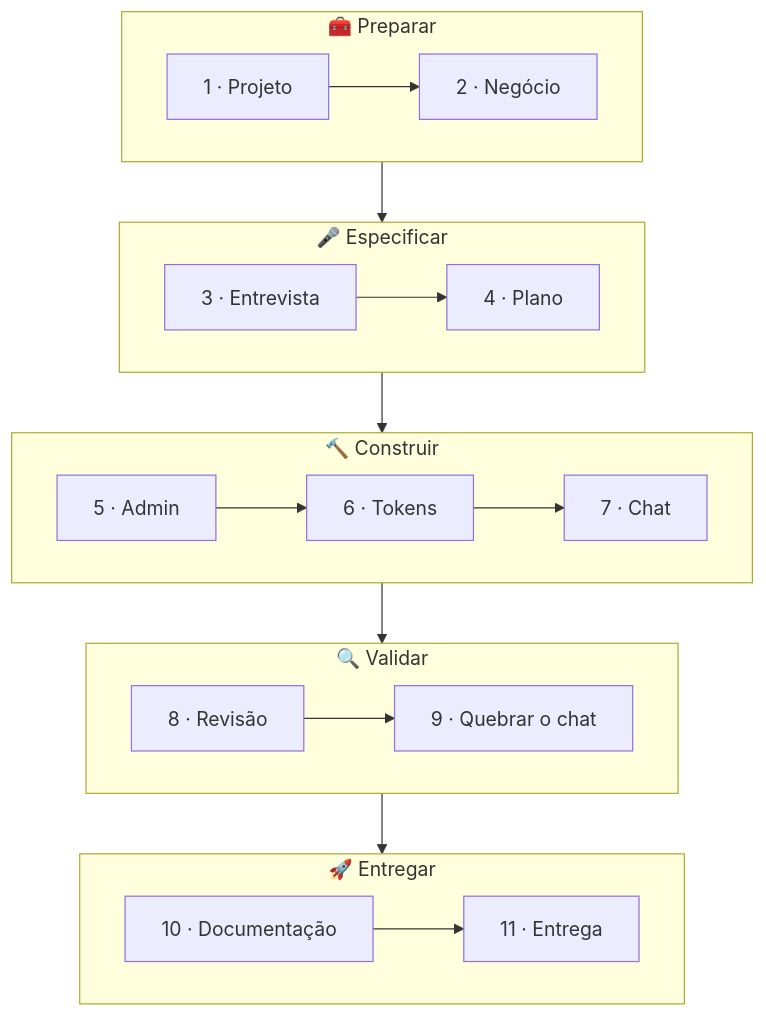
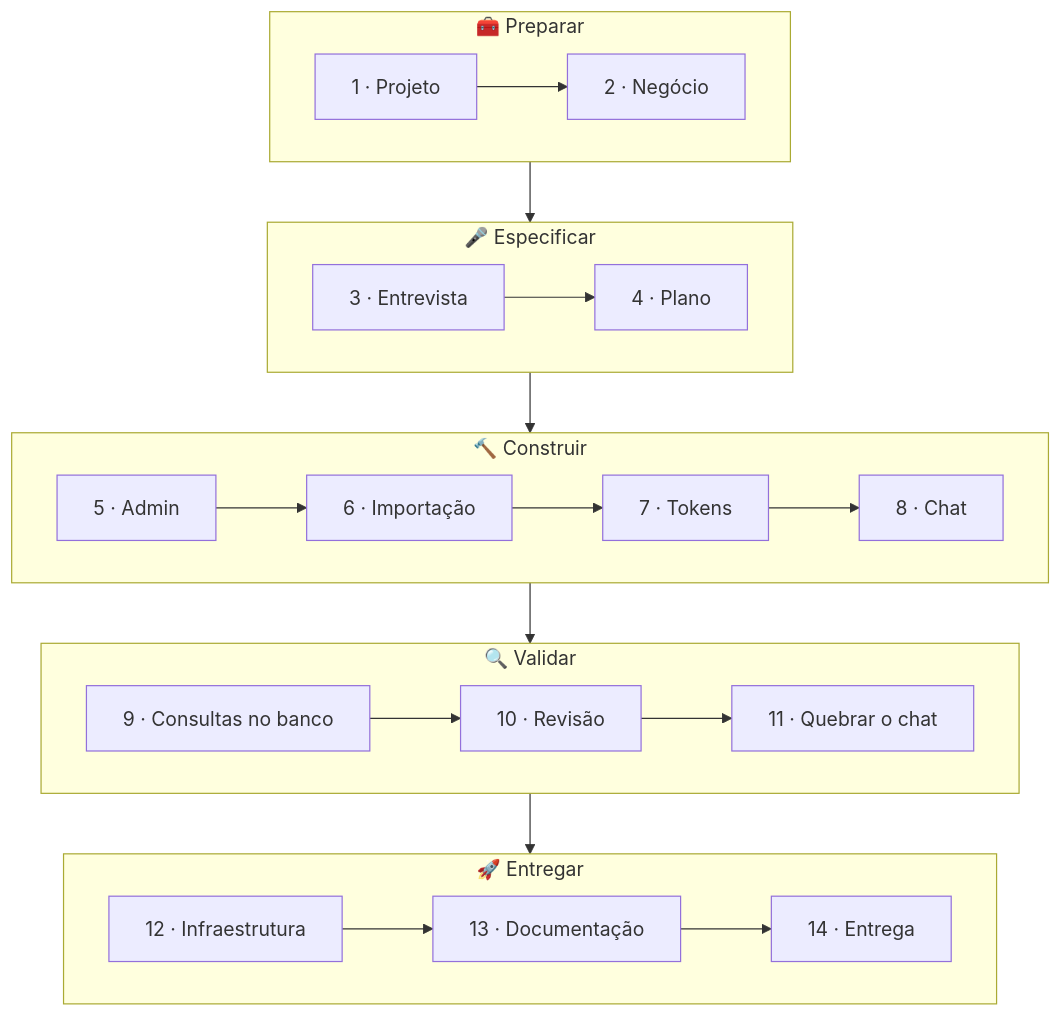
One commit to Blueydata/ai-dev-foundation changed the second of 2 diagrams in WORKSHOP.md. Above: the diagram before and after it, drawn with Mermaid. The commit also changed other lines of this file and 29 other files, not shown here.

````diff
--- a/WORKSHOP.md
+++ b/WORKSHOP.md
@@ -25,24 +27,24 @@
 ```mermaid
 flowchart TB
     subgraph P["🧰 Preparar"]
         direction LR
         S1["1 · Projeto"] --> S2["2 · Negócio"]
     end
     subgraph E["🎤 Especificar"]
         direction LR
         S3["3 · Entrevista"] --> S4["4 · Plano"]
     end
     subgraph C["🔨 Construir"]
         direction LR
-        S5["5 · Admin"] --> S6["6 · Tokens"] --> S7["7 · Chat"]
+        S5["5 · Admin"] --> S6["6 · Importação"] --> S7["7 · Tokens"] --> S8["8 · Chat"]
     end
     subgraph V["🔍 Validar"]
         direction LR
-        S8["8 · Revisão"] --> S9["9 · Quebrar o chat"]
+        S9["9 · Consultas no banco"] --> S10["10 · Revisão"] --> S11["11 · Quebrar o chat"]
     end
     subgraph D["🚀 Entregar"]
         direction LR
-        S10["10 · Documentação"] --> S11["11 · Entrega"]
+        S12["12 · Infraestrutura"] --> S13["13 · Documentação"] --> S14["14 · Entrega"]
     end
     P --> E --> C --> V --> D
 ```
````
